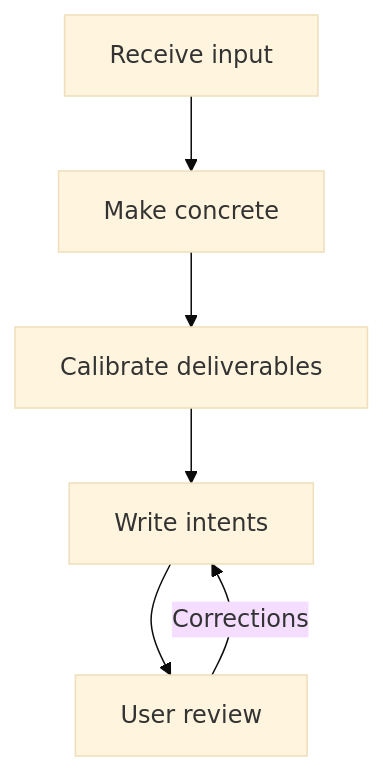
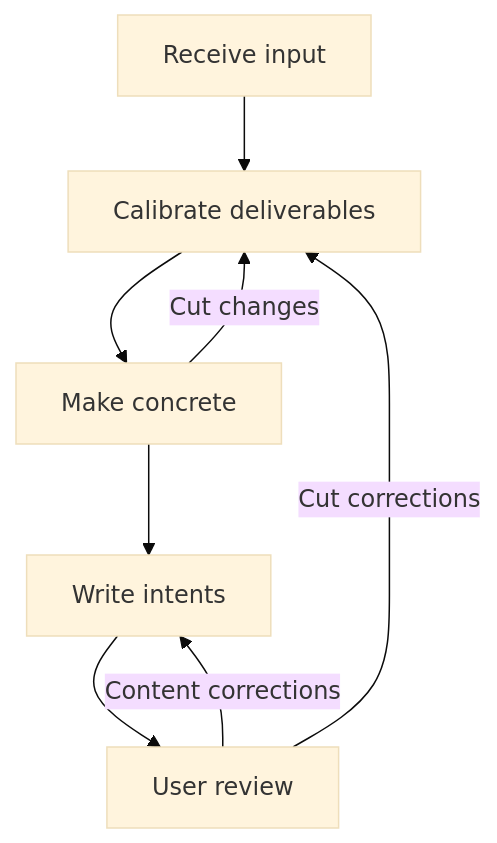
The diagram in skills/engineering/write-intents/README.md (adeonir/agent-skills), drawn with Mermaid (base theme) before and after one commit. The commit also changed other lines of this file and 2 other files, not shown here.

Commit message:
feat(write-intents): interview each deliverable and record its exclusions and success criterion

````diff
--- a/skills/engineering/write-intents/README.md
+++ b/skills/engineering/write-intents/README.md
@@ -7,8 +7,10 @@
 ```mermaid
 flowchart TD
-    A[Receive input] --> B[Make concrete]
-    B --> C[Calibrate deliverables]
+    A[Receive input] --> B[Calibrate deliverables]
+    B --> C[Make concrete]
+    C -->|Cut changes| B
     C --> D[Write intents]
     D --> E[User review]
-    E -->|Corrections| D
+    E -->|Cut corrections| B
+    E -->|Content corrections| D
 ```
````
